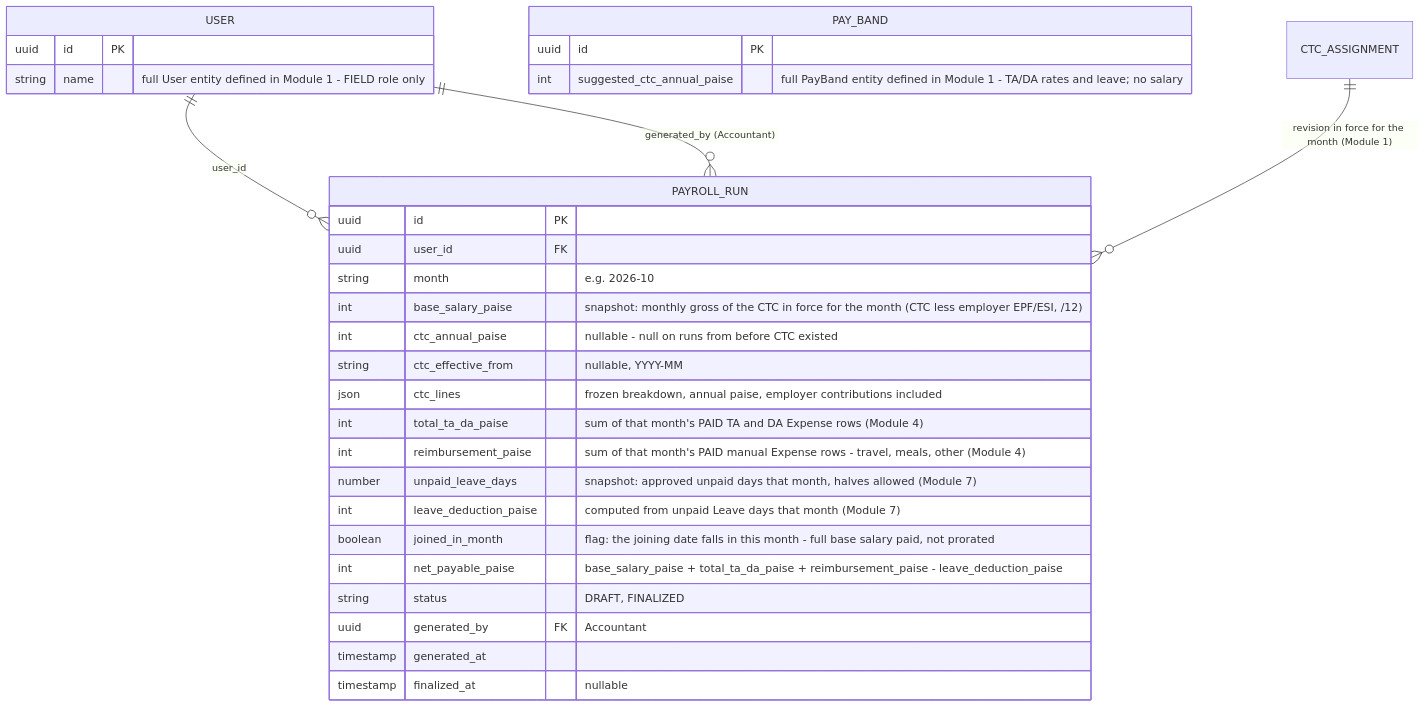
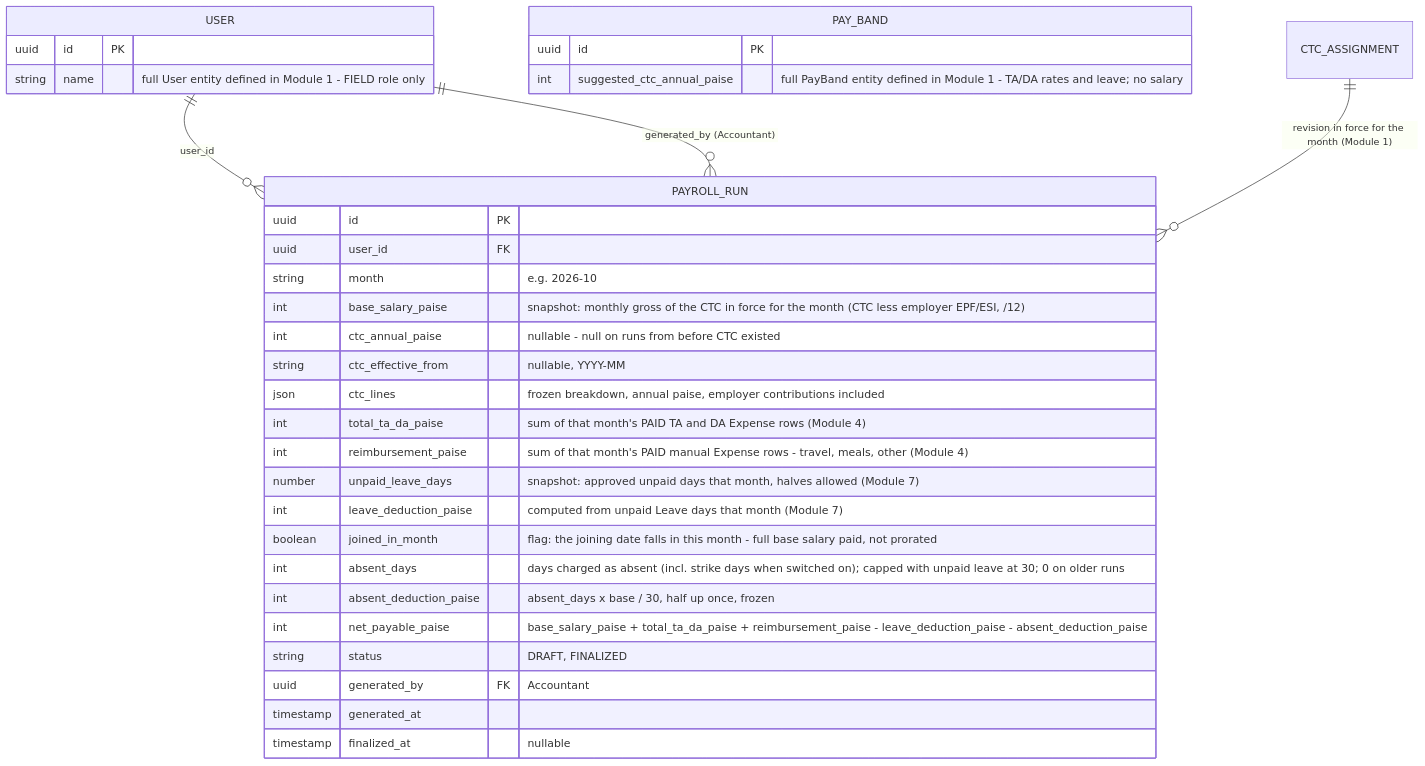
Before and after one commit to reboot-ai-private-limited/greynote: the diagram in docs/erd/09-payroll.md, drawn with Mermaid. The commit also changed 19 other files, not shown here.

````diff
--- a/docs/erd/09-payroll.md
+++ b/docs/erd/09-payroll.md
@@ -7,35 +7,37 @@
 ```mermaid
 erDiagram
     USER {
         uuid id PK
         string name "full User entity defined in Module 1 - FIELD role only"
     }
     PAY_BAND {
         uuid id PK
         int suggested_ctc_annual_paise "full PayBand entity defined in Module 1 - TA/DA rates and leave; no salary"
     }
 
     PAYROLL_RUN {
         uuid id PK
         uuid user_id FK
         string month "e.g. 2026-10"
         int base_salary_paise "snapshot: monthly gross of the CTC in force for the month (CTC less employer EPF/ESI, /12)"
         int ctc_annual_paise "nullable - null on runs from before CTC existed"
         string ctc_effective_from "nullable, YYYY-MM"
         json ctc_lines "frozen breakdown, annual paise, employer contributions included"
         int total_ta_da_paise "sum of that month's PAID TA and DA Expense rows (Module 4)"
         int reimbursement_paise "sum of that month's PAID manual Expense rows - travel, meals, other (Module 4)"
         number unpaid_leave_days "snapshot: approved unpaid days that month, halves allowed (Module 7)"
         int leave_deduction_paise "computed from unpaid Leave days that month (Module 7)"
         boolean joined_in_month "flag: the joining date falls in this month - full base salary paid, not prorated"
-        int net_payable_paise "base_salary_paise + total_ta_da_paise + reimbursement_paise - leave_deduction_paise"
+        int absent_days "days charged as absent (incl. strike days when switched on); capped with unpaid leave at 30; 0 on older runs"
+        int absent_deduction_paise "absent_days x base / 30, half up once, frozen"
+        int net_payable_paise "base_salary_paise + total_ta_da_paise + reimbursement_paise - leave_deduction_paise - absent_deduction_paise"
         string status "DRAFT, FINALIZED"
         uuid generated_by FK "Accountant"
         timestamp generated_at
         timestamp finalized_at "nullable"
     }
 
     USER ||--o{ PAYROLL_RUN : "user_id"
     CTC_ASSIGNMENT ||--o{ PAYROLL_RUN : "revision in force for the month (Module 1)"
     USER ||--o{ PAYROLL_RUN : "generated_by (Accountant)"
 ```
````
